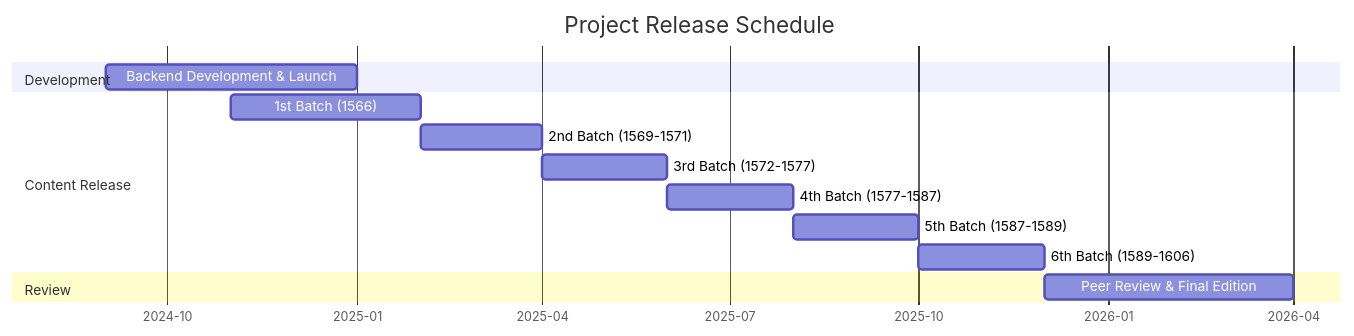
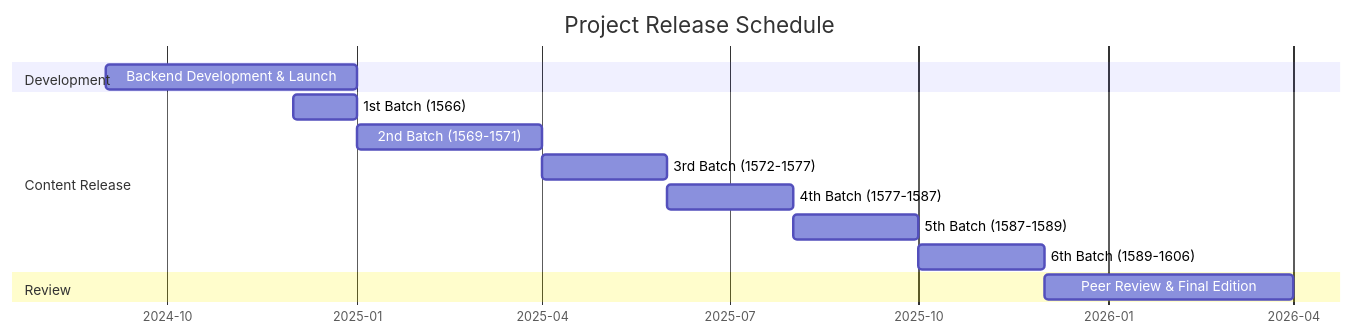
One commit to Pantagrueliste/CavrianaCorr changed the diagram in README.md. Above: the diagram before and after it, drawn with Mermaid.

````diff
--- a/README.md
+++ b/README.md
@@ -29,21 +29,21 @@
 ```mermaid
 gantt
     title Project Release Schedule
     dateFormat YYYY-MM
     axisFormat %Y-%m
     
     section Development
     Backend Development & Launch :2024-09, 2025-01
     
     section Content Release
     
-    1st Batch (1566)         :2024-11, 2025-02
-    2nd Batch (1569-1571)     :2025-02, 2025-04
+    1st Batch (1566)         :2024-12, 2025-01
+    2nd Batch (1569-1571)     :2025-01, 2025-04
     3rd Batch (1572-1577)      :2025-04, 2025-06
     4th Batch (1577-1587)     :2025-06, 2025-08
     5th Batch (1587-1589)      :2025-08, 2025-10
     6th Batch (1589-1606)      :2025-10, 2025-12
     
     section Review
     Peer Review & Final Edition  :2025-12, 2026-04
 ```
````
